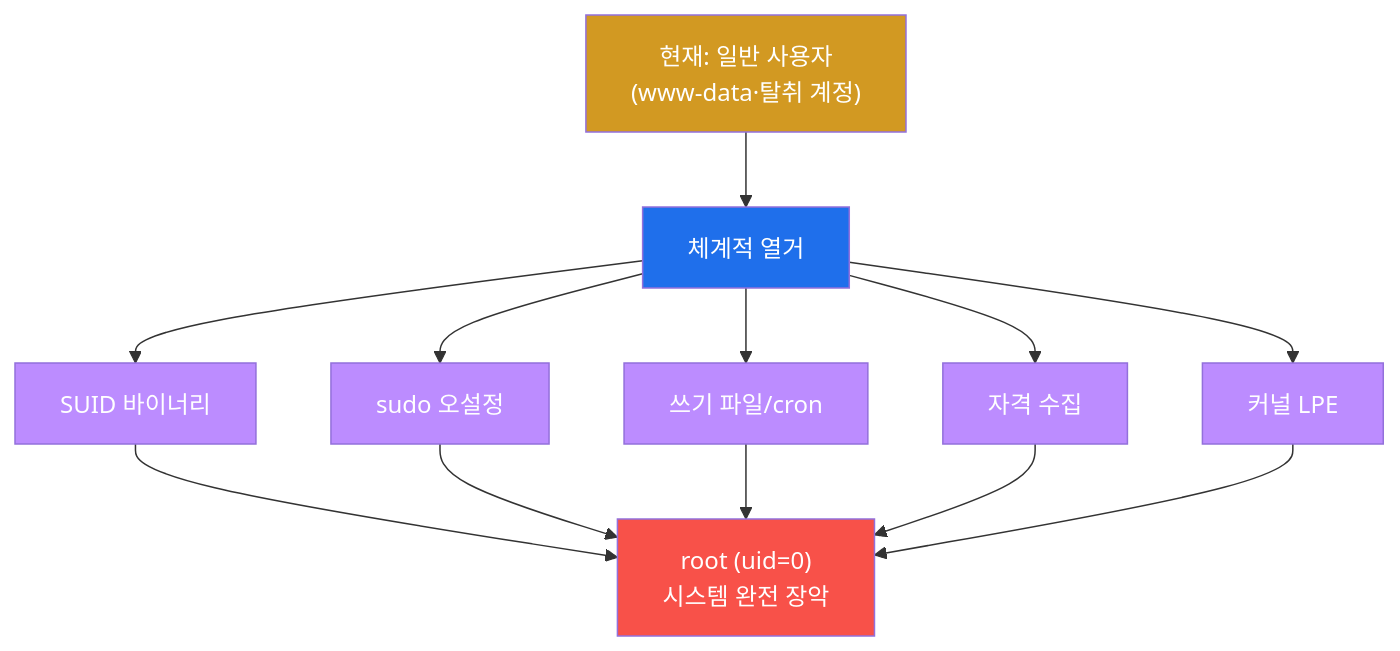
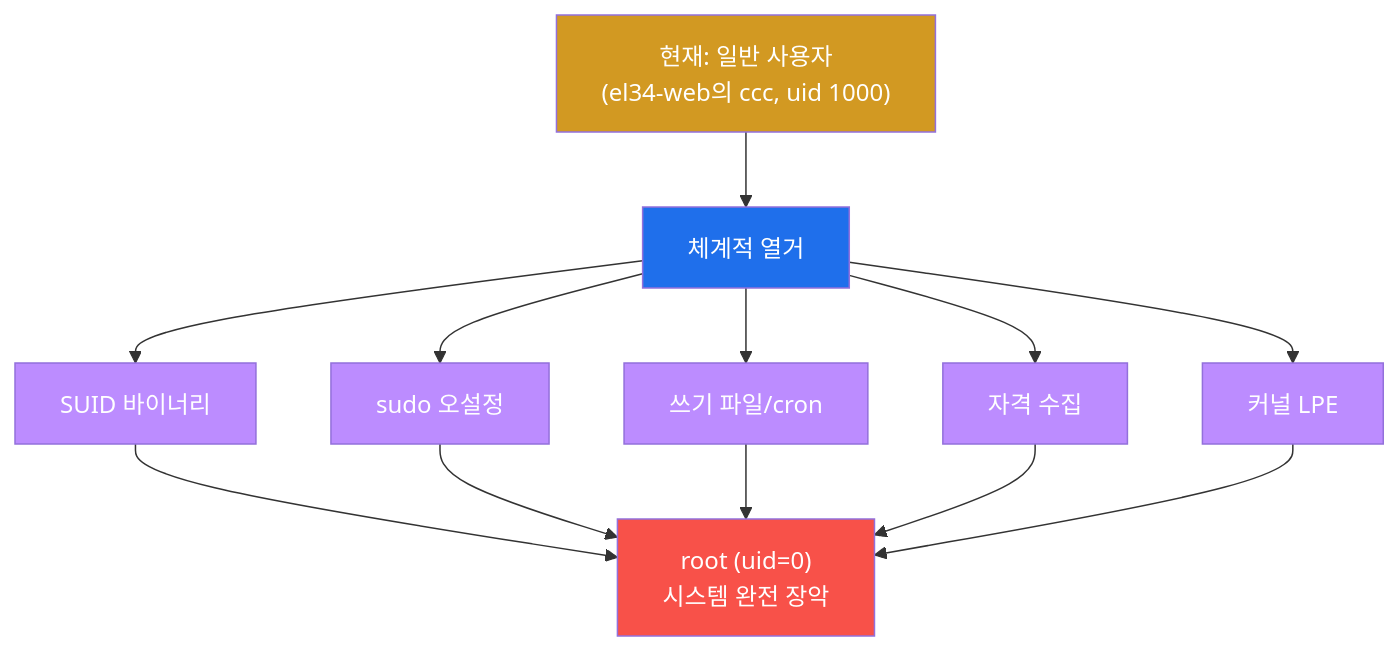
Before and after one commit to mrgrit/tw2: the first of 3 diagrams in contents/training/attack-adv/lecture_week06.md, drawn with Mermaid. The commit also changed other lines of this file, not shown here.

First line of the commit message:
docs(attack-adv): W06 강의 골드 확장+컨테이너 정정 (197→321줄) — el34-attacker→el34-web(-u ccc uid1000 저권한 셸) 정정·왜 저권한서 시작·SUID/sudo -l 읽기·GTFOBins·임의작명

````diff
--- a/contents/training/attack-adv/lecture_week06.md
+++ b/contents/training/attack-adv/lecture_week06.md
@@ -65,23 +129,23 @@
 ```mermaid
 graph TD
-    USER["현재: 일반 사용자<br/>(www-data·탈취 계정)"]
+    USER["현재: 일반 사용자<br/>(el34-web의 ccc, uid 1000)"]
     USER --> ENUM["체계적 열거"]
     ENUM --> V1["SUID 바이너리"]
     ENUM --> V2["sudo 오설정"]
     ENUM --> V3["쓰기 파일/cron"]
     ENUM --> V4["자격 수집"]
     ENUM --> V5["커널 LPE"]
     V1 --> ROOT["root (uid=0)<br/>시스템 완전 장악"]
     V2 --> ROOT
     V3 --> ROOT
     V4 --> ROOT
     V5 --> ROOT
     style USER fill:#d29922,color:#fff
     style ENUM fill:#1f6feb,color:#fff
     style V1 fill:#bc8cff,color:#fff
     style V2 fill:#bc8cff,color:#fff
     style V3 fill:#bc8cff,color:#fff
     style V4 fill:#bc8cff,color:#fff
     style V5 fill:#bc8cff,color:#fff
     style ROOT fill:#f85149,color:#fff
 ```
````
